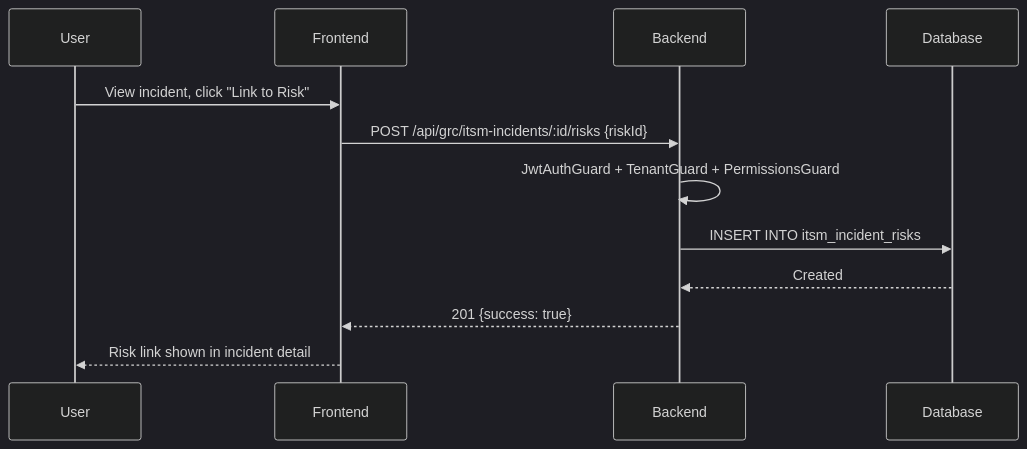
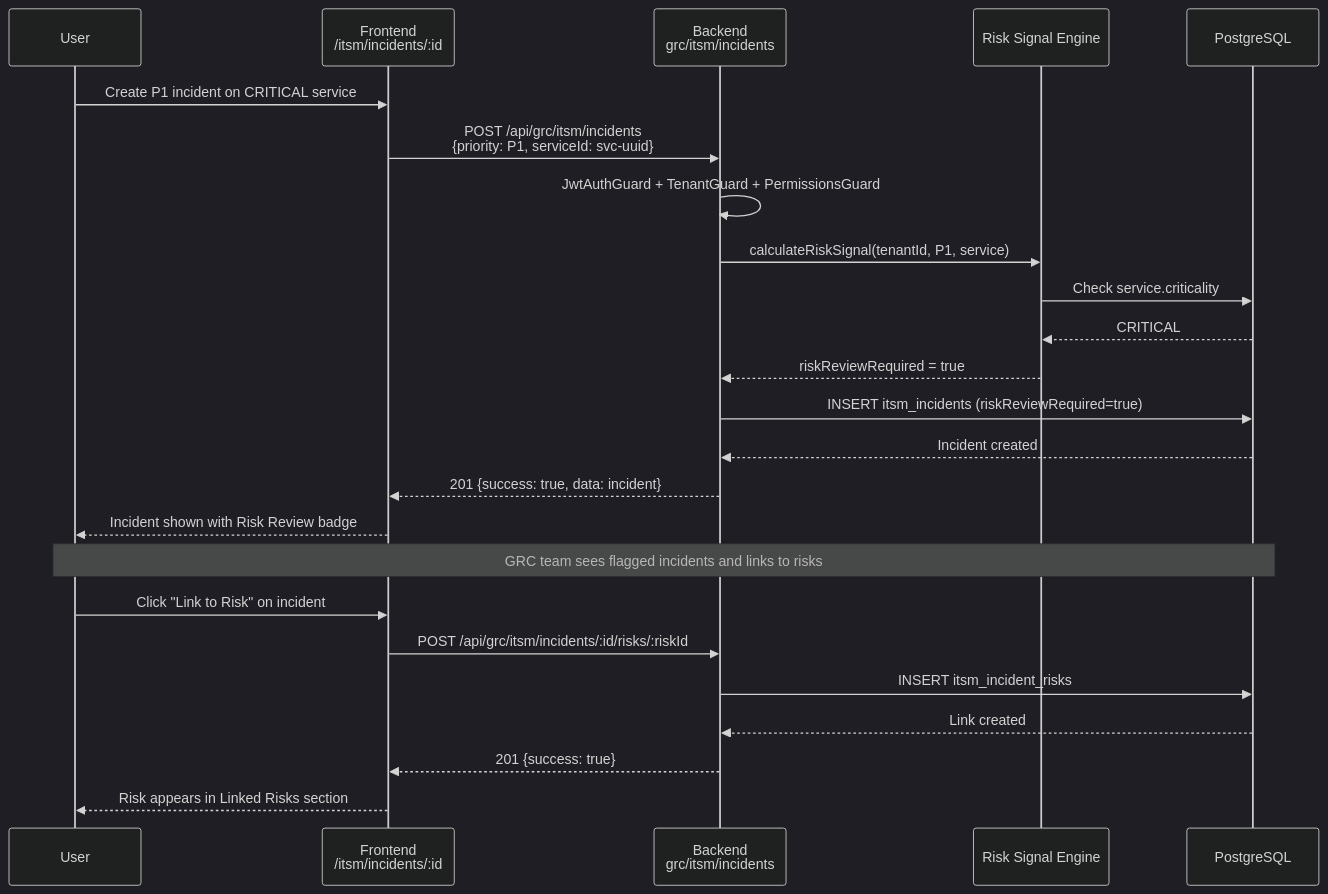
The fifth of 9 diagrams in docs/suite/05_ITSM_GRC_BRIDGES.md (Gokhanagingil/grc), drawn with Mermaid (dark theme) before and after one commit. The commit also changed other lines of this file, not shown here.

First line of the commit message:
docs: finalize ITSM-GRC Bridges guide (05_BRIDGES.md) with full evidence index

````diff
--- a/docs/suite/05_ITSM_GRC_BRIDGES.md
+++ b/docs/suite/05_ITSM_GRC_BRIDGES.md
@@ -273,14 +497,29 @@
 ```mermaid
 sequenceDiagram
-    participant U as User
-    participant UI as Frontend
-    participant BE as Backend
-    participant DB as Database
-    U->>UI: View incident, click "Link to Risk"
-    UI->>BE: POST /api/grc/itsm-incidents/:id/risks {riskId}
-    BE->>BE: JwtAuthGuard + TenantGuard + PermissionsGuard
-    BE->>DB: INSERT INTO itsm_incident_risks
-    DB-->>BE: Created
-    BE-->>UI: 201 {success: true}
-    UI-->>U: Risk link shown in incident detail
+    participant User
+    participant UI as Frontend<br/>/itsm/incidents/:id
+    participant API as Backend<br/>grc/itsm/incidents
+    participant RS as Risk Signal Engine
+    participant DB as PostgreSQL
+
+    User->>UI: Create P1 incident on CRITICAL service
+    UI->>API: POST /api/grc/itsm/incidents<br/>{priority: P1, serviceId: svc-uuid}
+    API->>API: JwtAuthGuard + TenantGuard + PermissionsGuard
+    API->>RS: calculateRiskSignal(tenantId, P1, service)
+    RS->>DB: Check service.criticality
+    DB-->>RS: CRITICAL
+    RS-->>API: riskReviewRequired = true
+    API->>DB: INSERT itsm_incidents (riskReviewRequired=true)
+    DB-->>API: Incident created
+    API-->>UI: 201 {success: true, data: incident}
+    UI-->>User: Incident shown with Risk Review badge
+
+    Note over User,DB: GRC team sees flagged incidents and links to risks
+
+    User->>UI: Click "Link to Risk" on incident
+    UI->>API: POST /api/grc/itsm/incidents/:id/risks/:riskId
+    API->>DB: INSERT itsm_incident_risks
+    DB-->>API: Link created
+    API-->>UI: 201 {success: true}
+    UI-->>User: Risk appears in Linked Risks section
 ```
````
